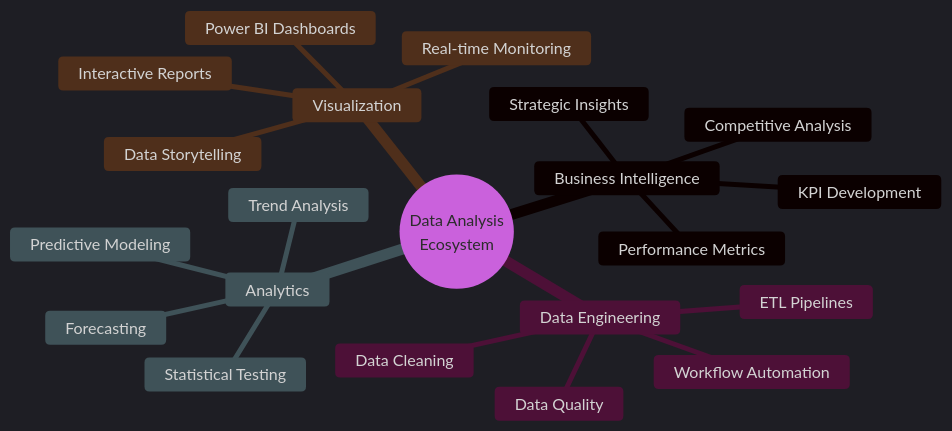
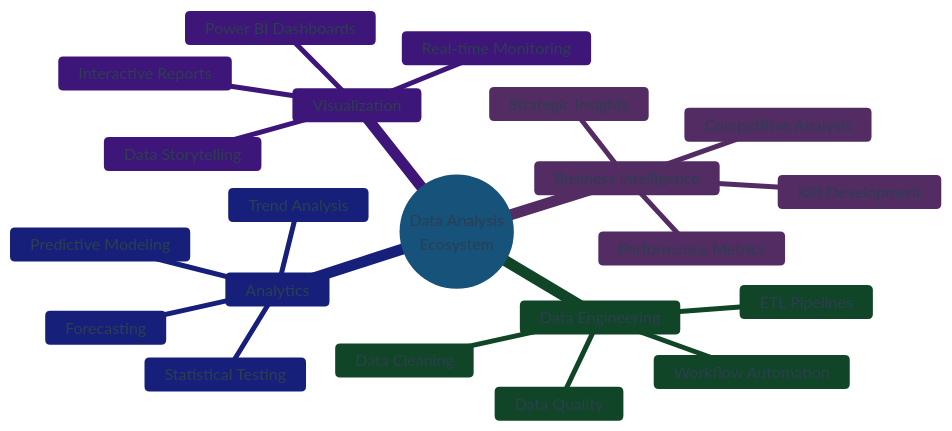
Before and after one commit to Sourov2002t/Sourov2002t: the diagram in README.md, drawn with Mermaid. The commit also changed other lines of this file, not shown here.

````diff
--- a/README.md
+++ b/README.md
@@ -124,25 +123,25 @@
 ```mermaid
-%%{init: {'theme':'dark', 'themeVariables': { 'primaryColor':'#FF6B6B','primaryTextColor':'#fff','primaryBorderColor':'#00D4FF','lineColor':'#00D4FF','secondaryColor':'#9C27B0','tertiaryColor':'#4CAF50','background':'#1a1a2e','mainBkg':'#16213e','secondBkg':'#0f3460','tertiaryBorderColor':'#FF6B6B','clusterBkg':'#16213e','clusterBorder':'#00D4FF','titleColor':'#00D4FF','edgeLabelBackground':'#1a1a2e','nodeTextColor':'#ffffff'}}}%%
+%%{init: {'theme':'base', 'themeVariables': { 'primaryColor':'#3498db','primaryTextColor':'#2c3e50','primaryBorderColor':'#2980b9','lineColor':'#34495e','secondaryColor':'#9b59b6','tertiaryColor':'#27ae60','background':'#ecf0f1','mainBkg':'#ffffff','secondBkg':'#bdc3c7','tertiaryBorderColor':'#e74c3c','clusterBkg':'#f8f9fa','clusterBorder':'#3498db','titleColor':'#2c3e50','edgeLabelBackground':'#ffffff','nodeTextColor':'#2c3e50'}}}%%
 mindmap
   root((Data Analysis<br/>Ecosystem))
     Business Intelligence
       KPI Development
       Performance Metrics
       Strategic Insights
       Competitive Analysis
     Data Engineering
       ETL Pipelines
       Data Cleaning
       Workflow Automation
       Data Quality
     Analytics
       Predictive Modeling
       Statistical Testing
       Trend Analysis
       Forecasting
     Visualization
       Power BI Dashboards
       Interactive Reports
       Data Storytelling
       Real-time Monitoring
 ```
````
